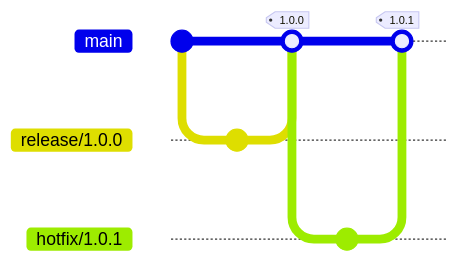
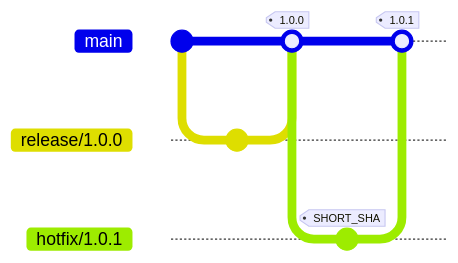
Before and after one commit to SiegeSailor/Website: the third of 5 diagrams in articles/notes/git-flow.md, drawn with Mermaid. The commit also changed other lines of this file and 1 other file, not shown here. Commit ids are hidden.

Commit message:
note: Fix and update LTS and Git Flow content

````diff
--- a/articles/notes/git-flow.md
+++ b/articles/notes/git-flow.md
@@ -62,12 +62,12 @@
 ```mermaid
 gitGraph
     commit
     branch "release/1.0.0"
     commit
     checkout "main"
     merge "release/1.0.0" tag: "1.0.0"
     branch "hotfix/1.0.1"
-    commit
+    commit tag: "SHORT_SHA"
     checkout "main"
     merge "hotfix/1.0.1" tag: "1.0.1"
 ```
````
